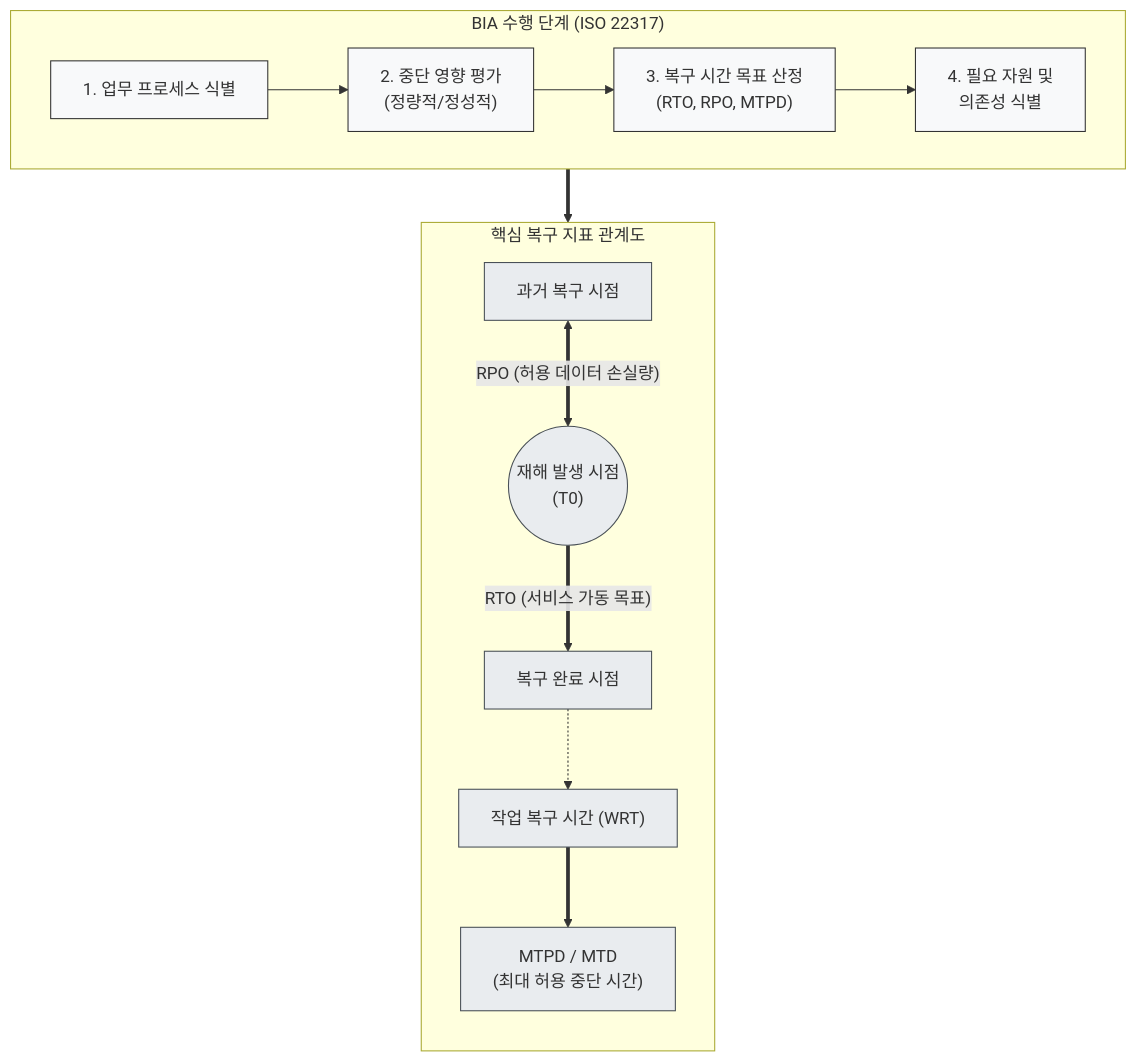
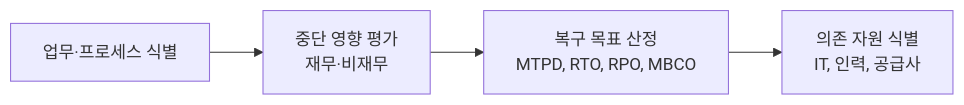
The diagram in content/01_IT Tech/BIA (Business Impact Analysis).md (supremethumb/supremethumb.github.io), drawn with Mermaid before and after one commit. The commit also changed other lines of this file and 1087 other files, not shown here.

````diff
--- a/content/01_IT Tech/BIA (Business Impact Analysis).md
+++ b/content/01_IT Tech/BIA (Business Impact Analysis).md
@@ -27,27 +35,4 @@
 ```mermaid
-flowchart TB
-    subgraph PROCESS["BIA 수행 단계 (ISO 22317)"]
-        direction LR
-        S1["1. 업무 프로세스 식별"] --> S2["2. 중단 영향 평가<br/>(정량적/정성적)"]
-        S2 --> S3["3. 복구 시간 목표 산정<br/>(RTO, RPO, MTPD)"]
-        S3 --> S4["4. 필요 자원 및<br/>의존성 식별"]
-    end
-
-    subgraph METRICS["핵심 복구 지표 관계도"]
-        direction TB
-        DISASTER(("재해 발생 시점<br/>(T0)"))
-        
-        P_PAST["과거 복구 시점"] <== "RPO (허용 데이터 손실량)" ==> DISASTER
-        DISASTER == "RTO (서비스 가동 목표)" ==> P_RTO["복구 완료 시점"]
-        P_RTO -.-> P_WRT["작업 복구 시간 (WRT)"]
-        P_WRT ==> P_MTD["MTPD / MTD<br/>(최대 허용 중단 시간)"]
-    end
-
-    PROCESS ==> METRICS
-
-    classDef proc fill:#f8f9fa,stroke:#333,stroke-width:1px;
-    classDef met fill:#e9ecef,stroke:#495057,stroke-width:1px;
-    class S1,S2,S3,S4 proc;
-    class DISASTER,P_PAST,P_RTO,P_WRT,P_MTD met;
-
+flowchart LR
+    S1["업무·프로세스 식별"] --> S2["중단 영향 평가<br/>재무·비재무"] --> S3["복구 목표 산정<br/>MTPD, RTO, RPO, MBCO"] --> S4["의존 자원 식별<br/>IT, 인력, 공급사"]
 ```
````
